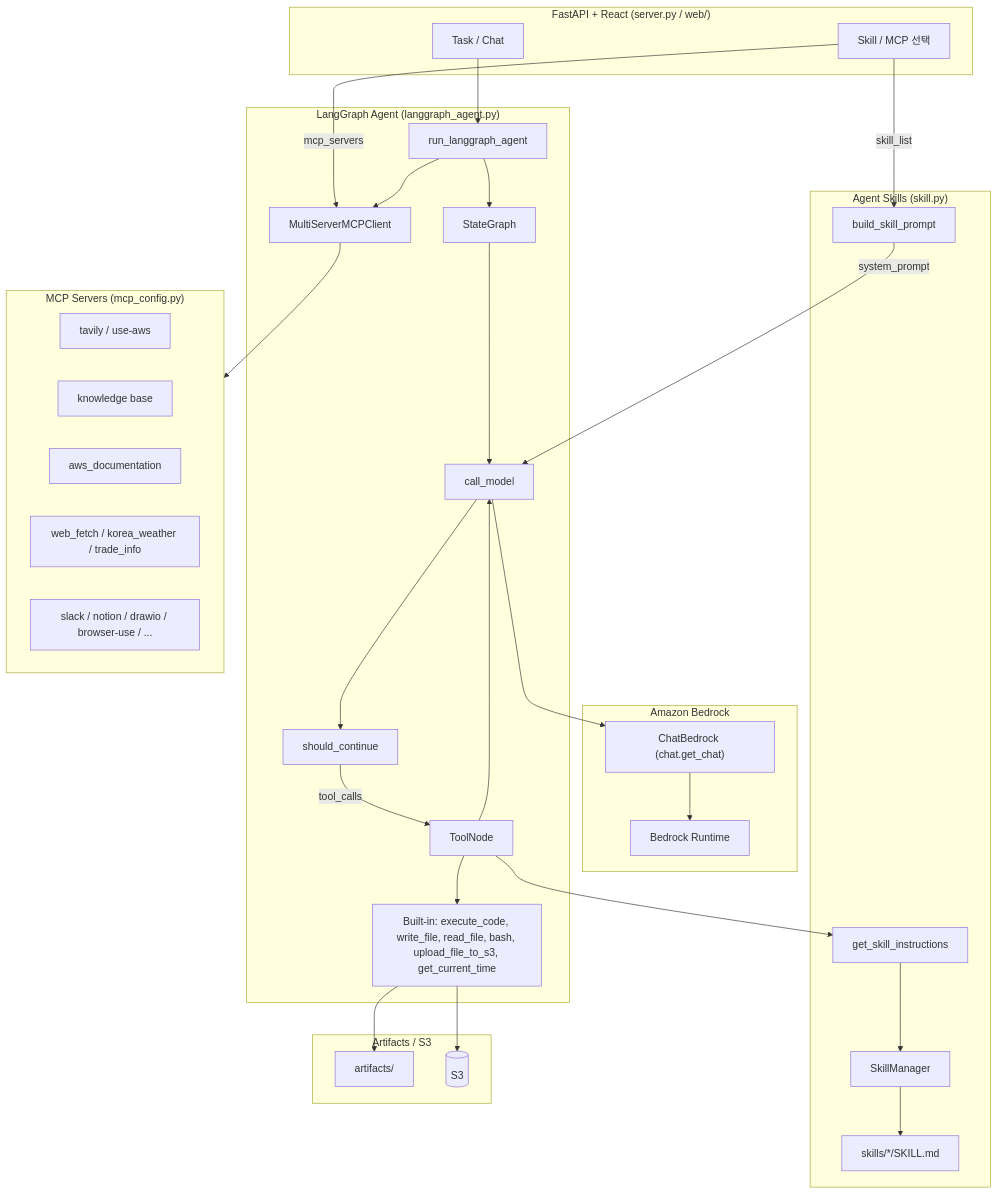
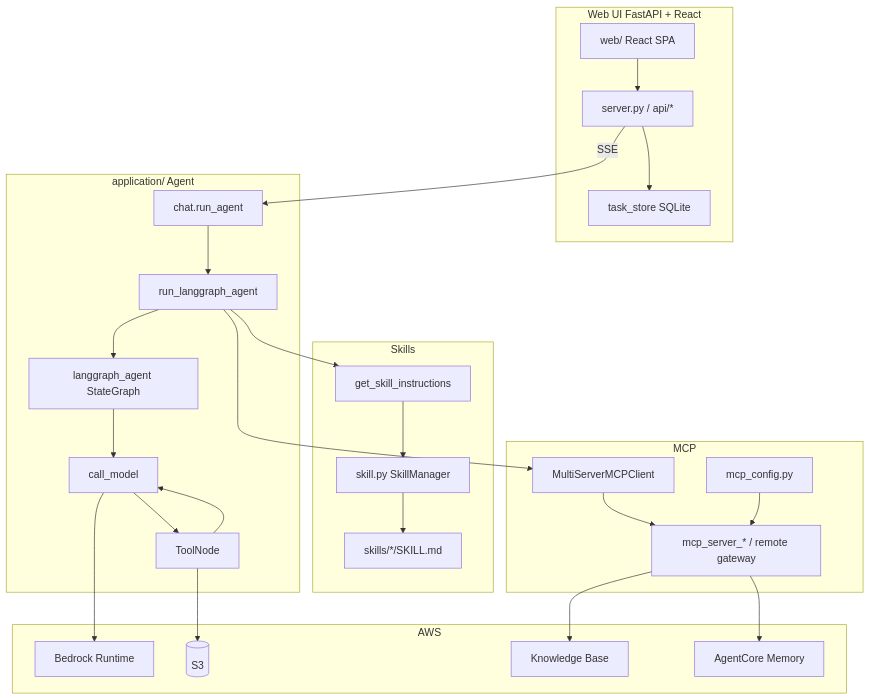
Before and after one commit to kyopark2014/agent-skills: the diagram in README.md, drawn with Mermaid. The commit also changed other lines of this file, not shown here.

Commit message:
Update README for FastAPI+React Web UI and local LangGraph.

````diff
--- a/README.md
+++ b/README.md
@@ -27,63 +53,54 @@
 ```mermaid
 flowchart TB
-  subgraph UI["FastAPI + React (server.py / web/)"]
-    M[Task / Chat]
-    SKUI[Skill / MCP 선택]
+  subgraph UI["Web UI FastAPI + React"]
+    SPA["web/ React SPA"]
+    API["server.py / api/*"]
+    TS[task_store SQLite]
   end
 
-  subgraph LLM["Amazon Bedrock"]
-    BR[Bedrock Runtime]
-    CB["ChatBedrock (chat.get_chat)"]
+  subgraph Agent["application/ Agent"]
+    RA["chat.run_agent"]
+    RLA["run_langgraph_agent"]
+    SG["langgraph_agent StateGraph"]
+    CM[call_model]
+    TN[ToolNode]
   end
 
-  subgraph Skills["Agent Skills (skill.py)"]
-    SRC["skills/*/SKILL.md"]
-    SM[SkillManager]
-    BSP[build_skill_prompt]
+  subgraph Skills["Skills"]
+    SM[skill.py SkillManager]
+    SK["skills/*/SKILL.md"]
     GSI[get_skill_instructions]
   end
 
-  subgraph LangGraphStack["LangGraph Agent (langgraph_agent.py)"]
-    RLA[run_langgraph_agent]
-    SG[StateGraph]
-    CM[call_model]
-    TN[ToolNode]
-    SC[should_continue]
-    BT["Built-in: execute_code, write_file, read_file, bash, upload_file_to_s3, get_current_time"]
-    MCPC[MultiServerMCPClient]
+  subgraph MCP["MCP"]
+    CFG[mcp_config.py]
+    SRV["mcp_server_* / remote gateway"]
+    CLI[MultiServerMCPClient]
   end
 
-  subgraph MCPServers["MCP Servers (mcp_config.py)"]
-    T[tavily / use-aws]
-    R[knowledge base]
-    AWS[aws_documentation]
-    WF[web_fetch / korea_weather / trade_info]
-    OTH[slack / notion / drawio / browser-use / ...]
+  subgraph AWS["AWS"]
+    BR[Bedrock Runtime]
+    S3[(S3)]
+    KB[Knowledge Base]
+    MEM[AgentCore Memory]
   end
 
-  subgraph Storage["Artifacts / S3"]
-    ART[artifacts/]
-    S3[(S3)]
-  end
-
-  M --> RLA
-  SKUI -->|skill_list| BSP
-  SKUI -->|mcp_servers| MCPC
-
+  SPA --> API
+  API --> TS
+  API -->|SSE| RA
+  RA --> RLA
   RLA --> SG
   SG --> CM
-  CM --> SC
-  SC -->|tool_calls| TN
+  CM --> TN
   TN --> CM
-  CM --> CB
-  CB --> BR
-  TN --> BT
-  TN --> GSI
-  RLA --> MCPC
-  BSP -->|system_prompt| CM
+  CM --> BR
+  RLA --> CLI
+  CLI --> SRV
+  CFG --> SRV
+  RLA --> GSI
   GSI --> SM
-  SM --> SRC
-  MCPC --> MCPServers
-  BT --> ART
-  BT --> S3
+  SM --> SK
+  TN --> S3
+  SRV --> KB
+  SRV --> MEM
 ```
````
